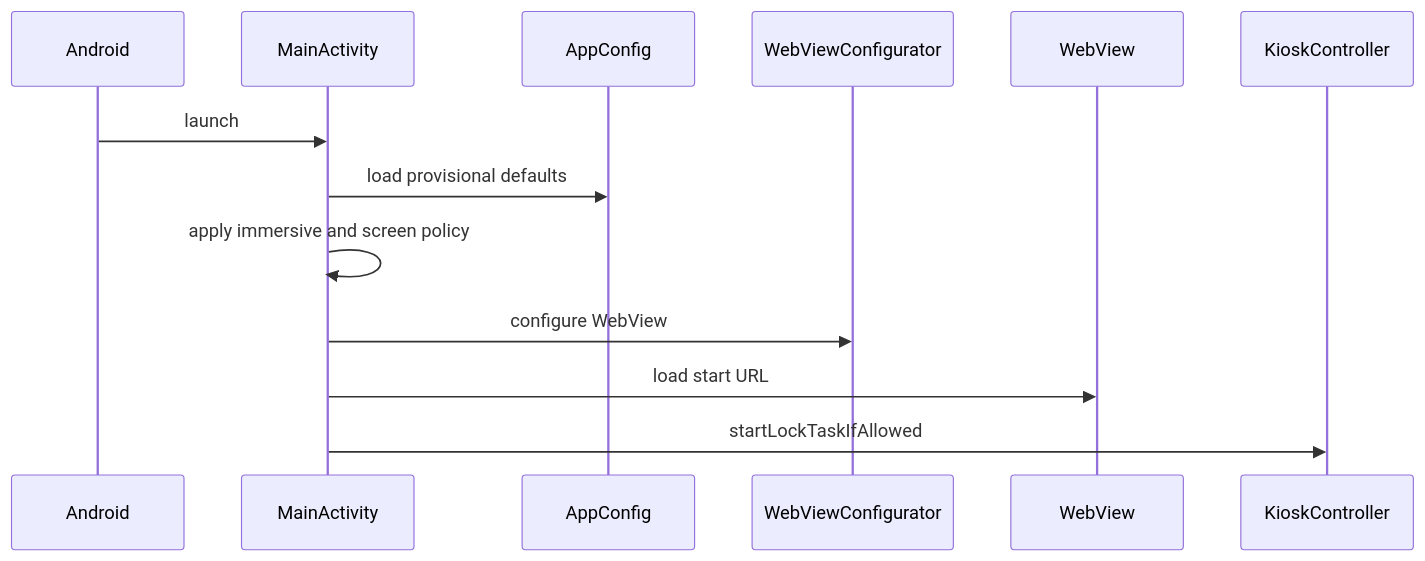
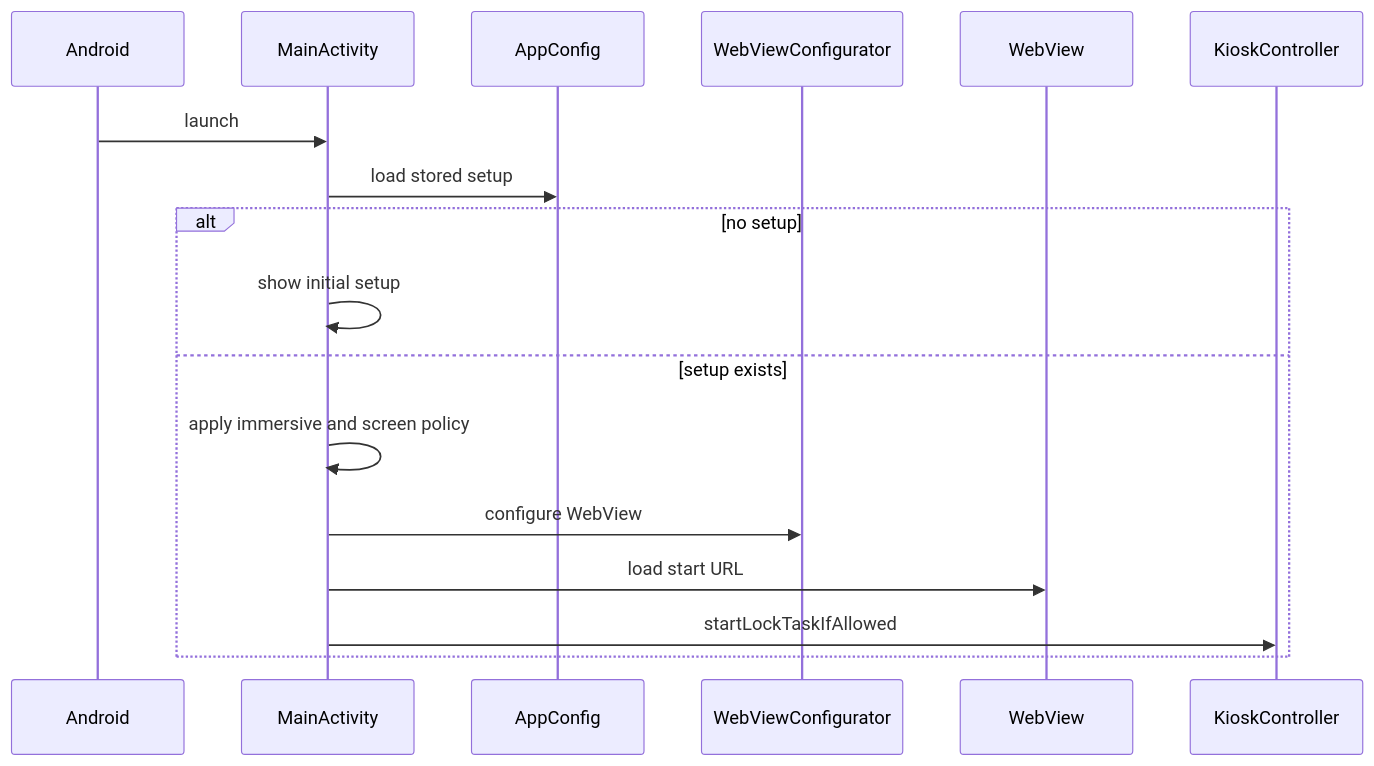
One commit to jugneyidk/fetchinkiosk changed the diagram in docs/PROJECT_MAP.md. Above: the diagram before and after it, drawn with Mermaid. The commit also changed other lines of this file and 17 other files, not shown here.

First line of the commit message:
feat(config): add first-run kiosk setup

````diff
--- a/docs/PROJECT_MAP.md
+++ b/docs/PROJECT_MAP.md
@@ -103,15 +105,19 @@
 ```mermaid
 sequenceDiagram
     participant Android
     participant MainActivity
     participant AppConfig
     participant WebViewConfigurator
     participant WebView
     participant KioskController
     Android->>MainActivity: launch
-    MainActivity->>AppConfig: load provisional defaults
+    MainActivity->>AppConfig: load stored setup
+    alt no setup
+        MainActivity->>MainActivity: show initial setup
+    else setup exists
     MainActivity->>MainActivity: apply immersive and screen policy
     MainActivity->>WebViewConfigurator: configure WebView
     MainActivity->>WebView: load start URL
     MainActivity->>KioskController: startLockTaskIfAllowed
+    end
 ```
````
